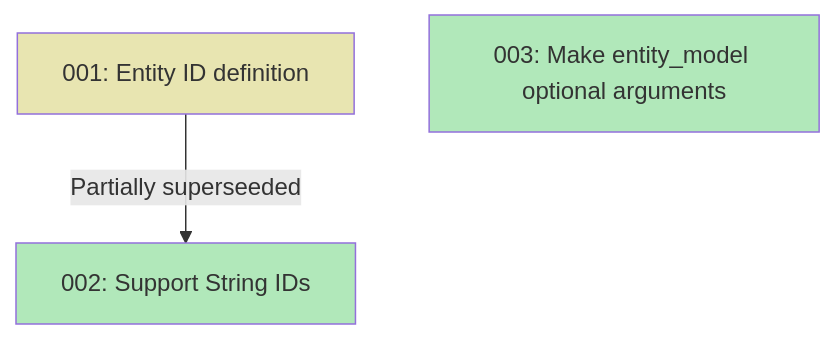
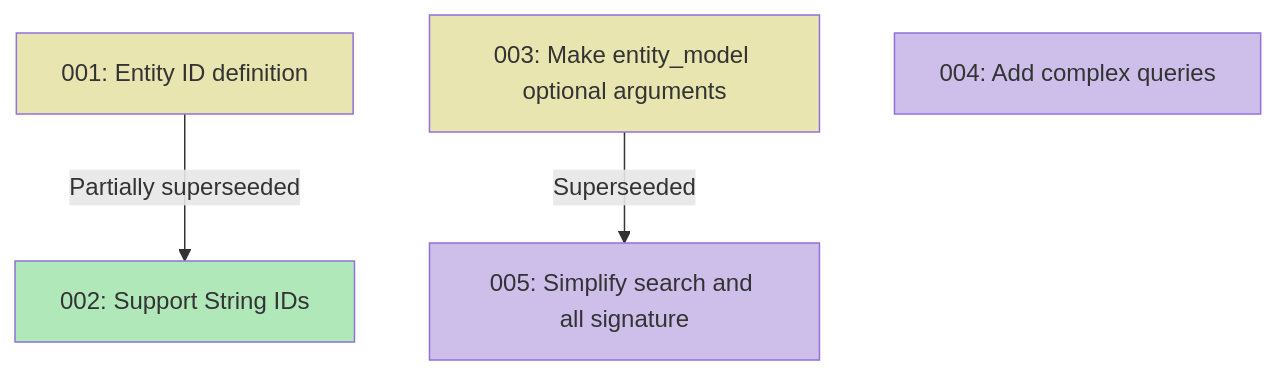
The diagram in docs/adr/adr.md (lyz-code/repository-orm), drawn with Mermaid before and after one commit. The commit also changed 5 other files, not shown here.

````diff
--- a/docs/adr/adr.md
+++ b/docs/adr/adr.md
@@ -5,23 +5,30 @@
 ```mermaid
 graph TD
     001[001: Entity ID definition]
     002[002: Support String IDs]
     003[003: Make entity_model optional arguments]
+    004[004: Add complex queries]
+    005[005: Simplify search and all signature]
 
     click 001 "https://lyz-code.github.io/repository-orm/adr/001-entity_id_definition/" _blank
     click 002 "https://lyz-code.github.io/repository-orm/adr/002-support_string_ids/" _blank
     click 003 "https://lyz-code.github.io/repository-orm/adr/003-make_entity_models_optional_arguments/" _blank
+    click 004 "https://lyz-code.github.io/repository-orm/adr/004-add_complex_queries/" _blank
+    click 005 "https://lyz-code.github.io/repository-orm/adr/005-simplify_search_and_all_signature/" _blank
 
     001 -- Partially superseeded --> 002
+    003 -- Superseeded --> 005
 
     001:::superseeded
     002:::accepted
-    003:::accepted
+    003:::superseeded
+    004:::draft
+    005:::draft
 
     classDef draft fill:#CDBFEA;
     classDef proposed fill:#B1CCE8;
     classDef accepted fill:#B1E8BA;
     classDef rejected fill:#E8B1B1;
     classDef deprecated fill:#E8B1B1;
     classDef superseeded fill:#E8E5B1;
 ```
````
